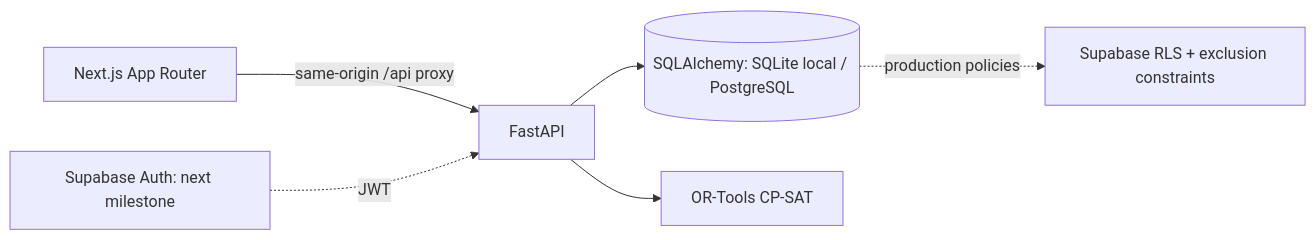
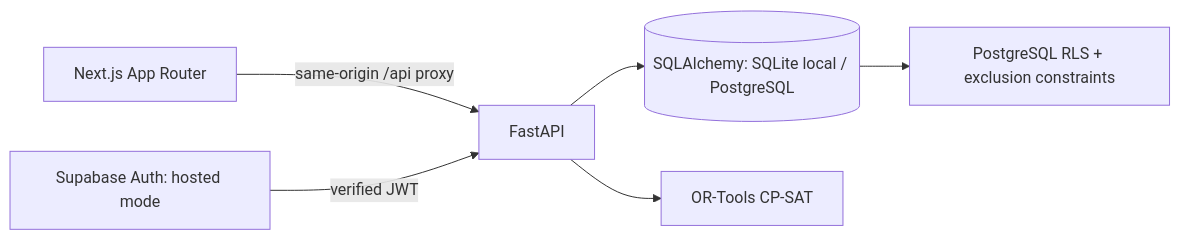
One commit to jordanantonio/amuse changed the diagram in docs/ARCHITECTURE.md. Above: the diagram before and after it, drawn with Mermaid. The commit also changed other lines of this file and 45 other files, not shown here.

````diff
--- a/docs/ARCHITECTURE.md
+++ b/docs/ARCHITECTURE.md
@@ -12,8 +12,8 @@
 ```mermaid
 flowchart LR
   UI[Next.js App Router] -->|same-origin /api proxy| API[FastAPI]
   API --> DB[(SQLAlchemy: SQLite local / PostgreSQL)]
   API --> Solver[OR-Tools CP-SAT]
-  Auth[Supabase Auth: next milestone] -. JWT .-> API
-  DB -. production policies .-> RLS[Supabase RLS + exclusion constraints]
+  Auth[Supabase Auth: hosted mode] -->|verified JWT| API
+  DB --> RLS[PostgreSQL RLS + exclusion constraints]
 ```
````
